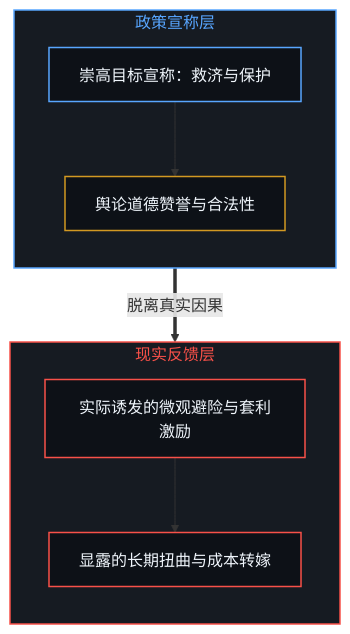
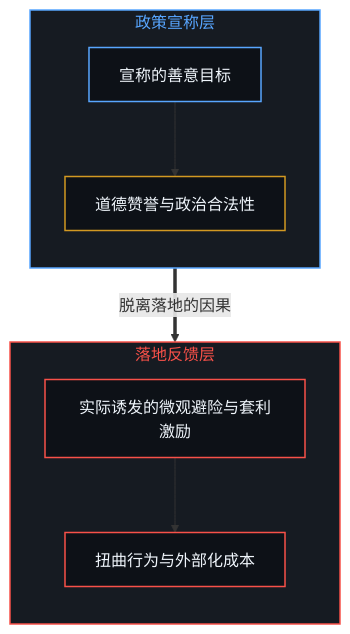
One commit to powerpig99/not-a-toe changed the first of 4 diagrams in content/posts/sowell-observed-the-surface-problem.md. Above: the diagram before and after it, drawn with Mermaid. The commit also changed other lines of this file and 1 other file, not shown here.

````diff
--- a/content/posts/sowell-observed-the-surface-problem.md
+++ b/content/posts/sowell-observed-the-surface-problem.md
@@ -13,23 +13,23 @@
 ```mermaid
 flowchart TD
     classDef default fill:#0d1117,stroke:#30363d,stroke-width:1px,color:#f0f6fc;
     classDef mind fill:#0d1117,stroke:#3fb950,stroke-width:1.5px,color:#f0f6fc;
     classDef warn fill:#0d1117,stroke:#d29922,stroke-width:1.5px,color:#f0f6fc;
     classDef fail fill:#0d1117,stroke:#f85149,stroke-width:1.5px,color:#f0f6fc;
     classDef model fill:#0d1117,stroke:#58a6ff,stroke-width:1.5px,color:#f0f6fc;
     subgraph S_Policy ["政策宣称层"]
         direction TB
-        Goal["崇高目标宣称：救济与保护"]:::model
-        PublicPraise["舆论道德赞誉与合法性"]:::warn
+        Goal["宣称的善意目标"]:::model
+        PublicPraise["道德赞誉与政治合法性"]:::warn
         Goal --> PublicPraise
     end
-    subgraph S_Market ["现实反馈层"]
+    subgraph S_Market ["落地反馈层"]
         direction TB
         RealIncentive["实际诱发的微观避险与套利激励"]:::fail
-        UnintendedCost["显露的长期扭曲与成本转嫁"]:::fail
+        UnintendedCost["扭曲行为与外部化成本"]:::fail
         RealIncentive --> UnintendedCost
     end
-    S_Policy ==> |脱离真实因果| S_Market
+    S_Policy ==> |脱离落地的因果| S_Market
     style S_Policy fill:#161b22,stroke:#58a6ff,stroke-width:1.5px,color:#58a6ff
     style S_Market fill:#161b22,stroke:#f85149,stroke-width:1.5px,color:#f85149
 ```
````
